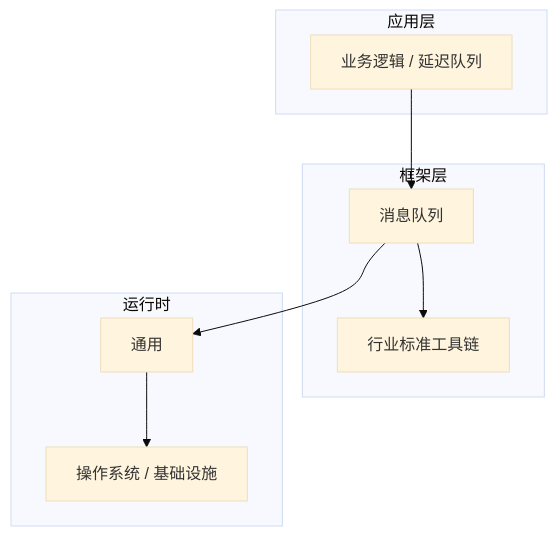
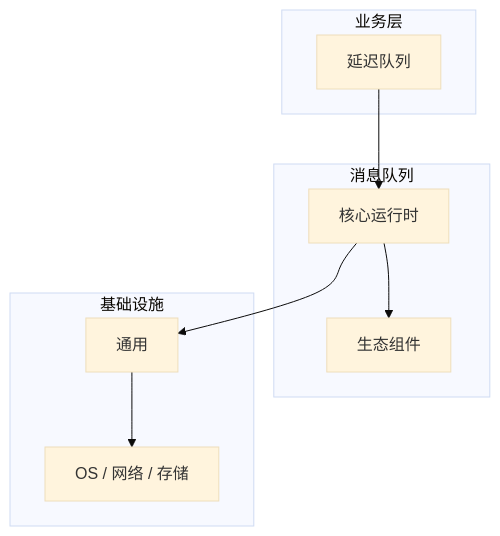
The diagram in articles/消息队列/chapters/083-延迟队列核心概念与原理.md (yanggan2015/knowledge-json-v2), drawn with Mermaid (base theme) before and after one commit. The commit also changed other lines of this file and 10127 other files, not shown here.

````diff
--- a/articles/消息队列/chapters/083-延迟队列核心概念与原理.md
+++ b/articles/消息队列/chapters/083-延迟队列核心概念与原理.md
@@ -45,18 +34,18 @@
 ```mermaid
 graph TB
-    subgraph 应用层
-        A[业务逻辑 / 延迟队列]
+    subgraph 业务层
+        A[延迟队列]
     end
-    subgraph 框架层
-        B[消息队列]
-        C[行业标准工具链]
+    subgraph 消息队列
+        B[核心运行时]
+        C[生态组件]
     end
-    subgraph 运行时
+    subgraph 基础设施
         D[通用]
-        E[操作系统 / 基础设施]
+        E[OS / 网络 / 存储]
     end
     A --> B
     B --> C
     B --> D
     D --> E
 ```
````
